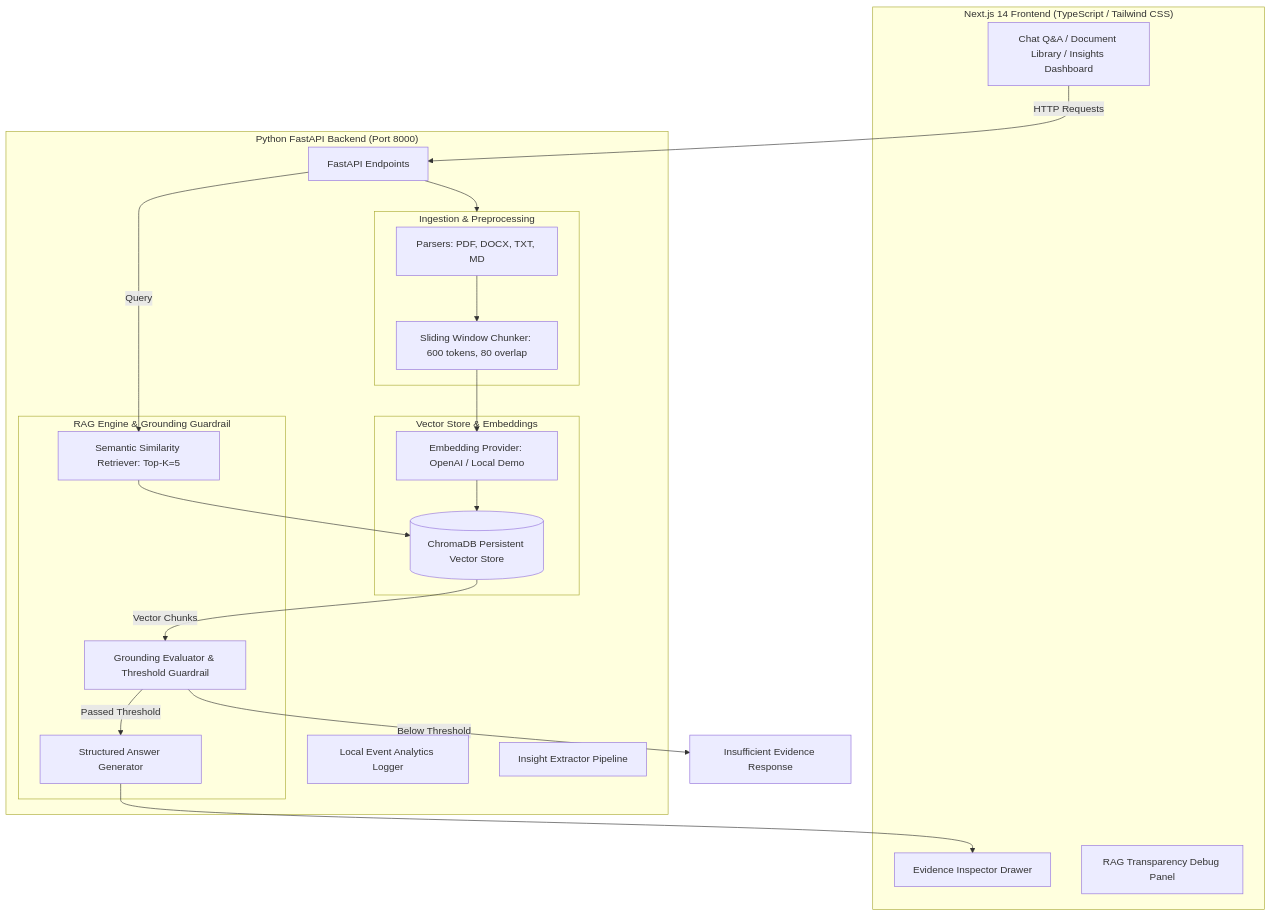
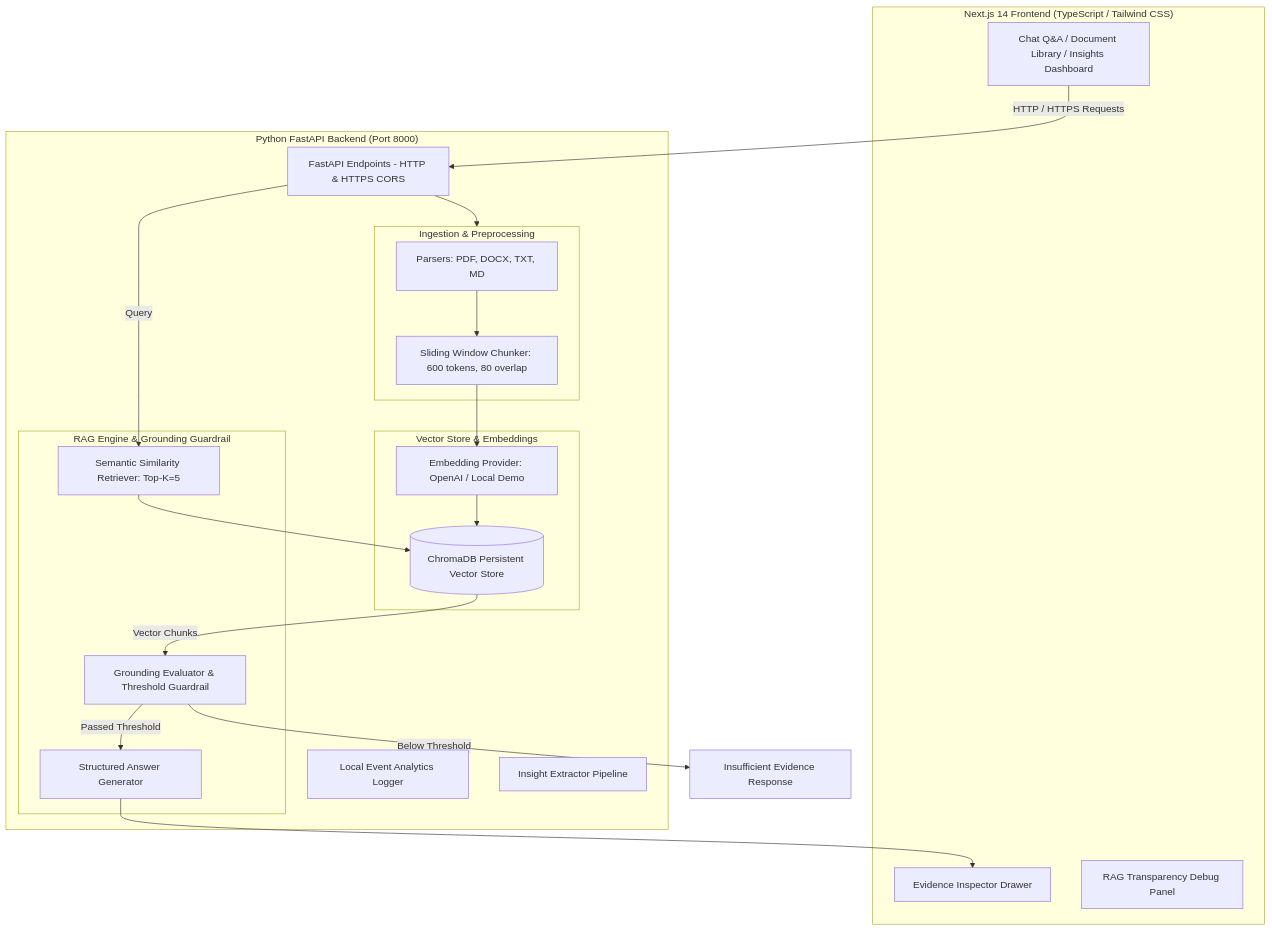
Before and after one commit to Snigdha28Personal/productiq-rag: the diagram in README.md, drawn with Mermaid. The commit also changed other lines of this file, not shown here.

Commit message:
docs: add GitHub repository URL and HTTP/HTTPS execution instructions to README

````diff
--- a/README.md
+++ b/README.md
@@ -40,43 +79,43 @@
 ```mermaid
 flowchart TD
     subgraph Client ["Next.js 14 Frontend (TypeScript / Tailwind CSS)"]
         UI[Chat Q&A / Document Library / Insights Dashboard]
         Drawer[Evidence Inspector Drawer]
         Debug[RAG Transparency Debug Panel]
     end
 
     subgraph Backend ["Python FastAPI Backend (Port 8000)"]
-        API[FastAPI Endpoints]
+        API[FastAPI Endpoints - HTTP & HTTPS CORS]
         
         subgraph Ingestion ["Ingestion & Preprocessing"]
             Parser[Parsers: PDF, DOCX, TXT, MD]
             Chunker[Sliding Window Chunker: 600 tokens, 80 overlap]
         end
 
         subgraph VectorStore ["Vector Store & Embeddings"]
             Embedder[Embedding Provider: OpenAI / Local Demo]
             Chroma[(ChromaDB Persistent Vector Store)]
         end
 
         subgraph RAG ["RAG Engine & Grounding Guardrail"]
             Retriever[Semantic Similarity Retriever: Top-K=5]
             Grounding[Grounding Evaluator & Threshold Guardrail]
             Generator[Structured Answer Generator]
         end
 
         Analytics[Local Event Analytics Logger]
         Insights[Insight Extractor Pipeline]
     end
 
-    UI -->|HTTP Requests| API
+    UI -->|HTTP / HTTPS Requests| API
     API --> Ingestion
     Parser --> Chunker
     Chunker --> Embedder
     Embedder --> Chroma
     API -->|Query| Retriever
     Retriever --> Chroma
     Chroma -->|Vector Chunks| Grounding
     Grounding -->|Passed Threshold| Generator
     Grounding -->|Below Threshold| Fallback["Insufficient Evidence Response"]
     Generator --> Drawer
 ```
````
